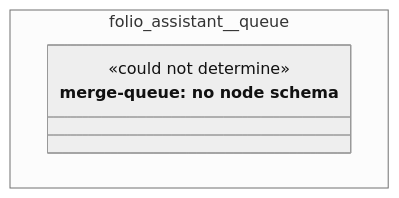
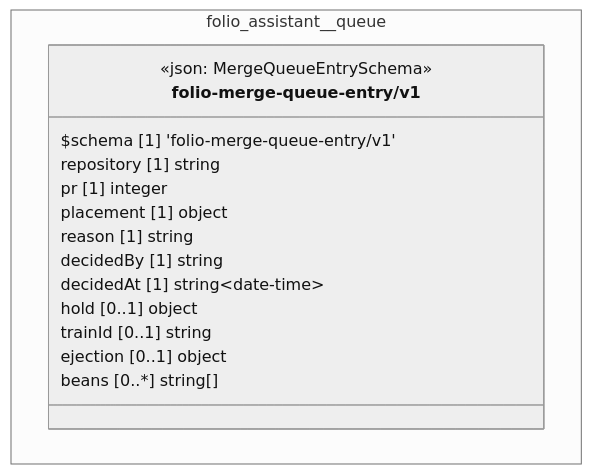
The diagram in cat-harness/uml/overview/folio-assistant/queue.mmd (litlfred/folio-assistant), drawn with Mermaid (neutral theme) before and after one commit. The commit also changed 36 other files, not shown here.

```diff
--- a/cat-harness/uml/overview/folio-assistant/queue.mmd
+++ b/cat-harness/uml/overview/folio-assistant/queue.mmd
@@ -1,9 +1,19 @@
 classDiagram
   direction TB
   namespace folio_assistant__queue {
-    class n_folio_assistant_queue_merge_queue["merge-queue: no node schema"] {
-      <<could not determine>>
+    class folio_assistant_queue_folio_merge_queue_entry_v1_folio_merge_queue_entry_v1["folio-merge-queue-entry/v1"] {
+      <<json: MergeQueueEntrySchema>>
+      $schema [1] 'folio-merge-queue-entry/v1'
+      repository [1] string
+      pr [1] integer
+      placement [1] object
+      reason [1] string
+      decidedBy [1] string
+      decidedAt [1] string~date-time~
+      hold [0..1] object
+      trainId [0..1] string
+      ejection [0..1] object
+      beans [0..*] string[]
     }
   }
-  cssClass "n_folio_assistant_queue_merge_queue" fa_uml_kind_merge_queue
-  cssClass "n_folio_assistant_queue_merge_queue" fa_uml_undetermined
+  cssClass "folio_assistant_queue_folio_merge_queue_entry_v1_folio_merge_queue_entry_v1" fa_uml_kind_merge_queue
```
